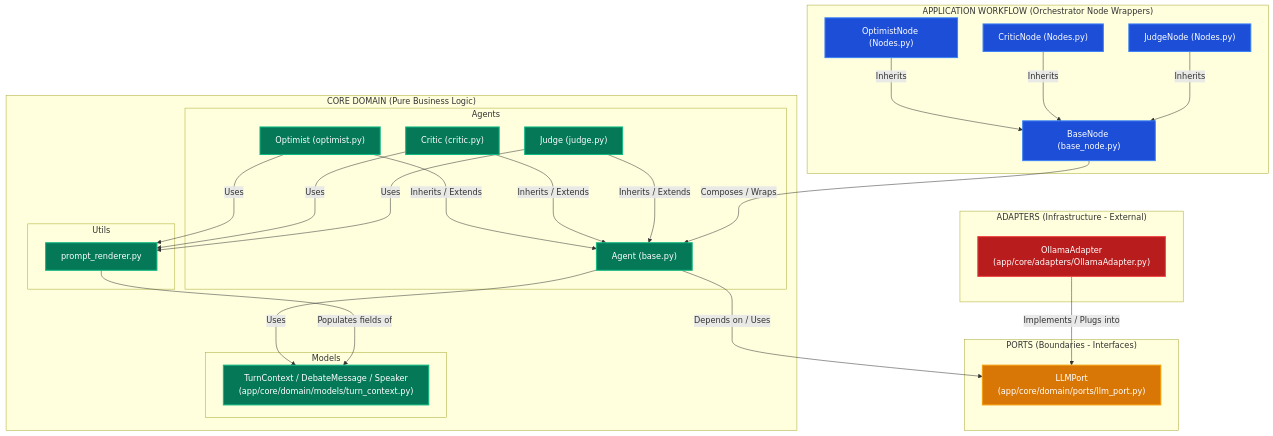
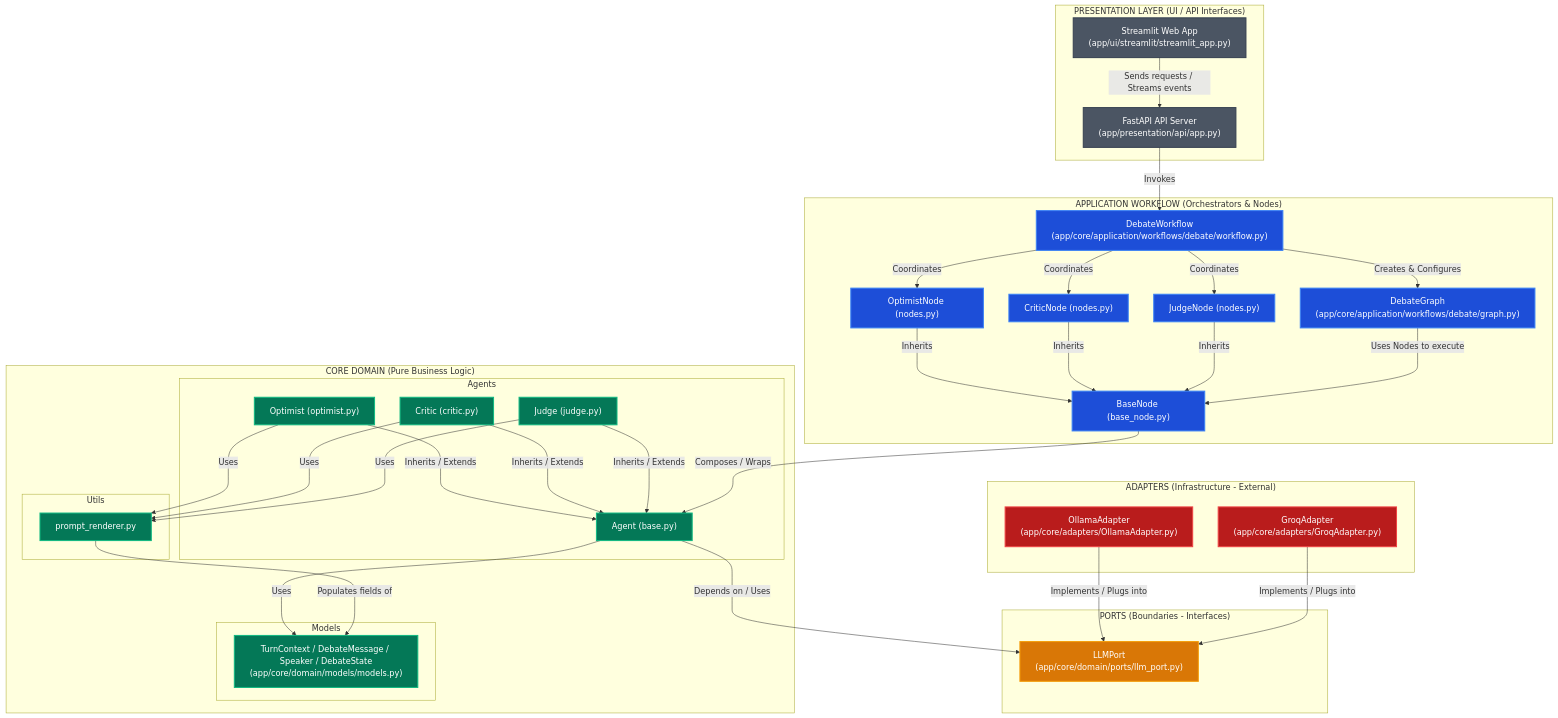
The second of 4 diagrams in docs/codebase_graph.md (NAVIN-STAR/Multi_Agent_Debate), drawn with Mermaid before and after one commit. The commit also changed other lines of this file and 2 other files, not shown here.

Commit message:
changed codebase graph and readme

````diff
--- a/docs/codebase_graph.md
+++ b/docs/codebase_graph.md
@@ -81,7 +129,13 @@
 ```mermaid
 flowchart TB
+    subgraph Presentation ["PRESENTATION LAYER (UI / API Interfaces)"]
+        streamlit_app["Streamlit Web App<br/>(app/ui/streamlit/streamlit_app.py)"]
+        fastapi_app["FastAPI API Server<br/>(app/presentation/api/app.py)"]
+    end
+
     subgraph Adapters ["ADAPTERS (Infrastructure - External)"]
         ollama_adapter["OllamaAdapter<br/>(app/core/adapters/OllamaAdapter.py)"]
+        groq_adapter["GroqAdapter<br/>(app/core/adapters/GroqAdapter.py)"]
     end
 
     subgraph Ports ["PORTS (Boundaries - Interfaces)"]
@@ -90,7 +144,7 @@
 
     subgraph CoreDomain ["CORE DOMAIN (Pure Business Logic)"]
         subgraph Models ["Models"]
-            turn_ctx["TurnContext / DebateMessage / Speaker<br/>(app/core/domain/models/turn_context.py)"]
+            turn_ctx["TurnContext / DebateMessage / Speaker / DebateState<br/>(app/core/domain/models/models.py)"]
         end
 
         subgraph Agents ["Agents"]
@@ -105,15 +159,25 @@
         end
     end
 
-    subgraph Workflows ["APPLICATION WORKFLOW (Orchestrator Node Wrappers)"]
+    subgraph Workflows ["APPLICATION WORKFLOW (Orchestrators & Nodes)"]
+        debate_workflow["DebateWorkflow<br/>(app/core/application/workflows/debate/workflow.py)"]
+        debate_graph["DebateGraph<br/>(app/core/application/workflows/debate/graph.py)"]
         base_node["BaseNode (base_node.py)"]
-        optimist_node["OptimistNode (Nodes.py)"]
-        critic_node["CriticNode (Nodes.py)"]
-        judge_node["JudgeNode (Nodes.py)"]
+        optimist_node["OptimistNode (nodes.py)"]
+        critic_node["CriticNode (nodes.py)"]
+        judge_node["JudgeNode (nodes.py)"]
     end
 
-    %% Dependencies & Implementations
+    %% Dependency & Execution Flow
+    streamlit_app -->|Sends requests / Streams events| fastapi_app
+    fastapi_app -->|Invokes| debate_workflow
+    debate_workflow -->|Creates & Configures| debate_graph
+    debate_workflow -->|Coordinates| optimist_node
+    debate_workflow -->|Coordinates| critic_node
+    debate_workflow -->|Coordinates| judge_node
+
     ollama_adapter -->|Implements / Plugs into| llm_port
+    groq_adapter -->|Implements / Plugs into| llm_port
     base_agent -->|Depends on / Uses| llm_port
     base_agent -->|Uses| turn_ctx
 
@@ -132,14 +196,18 @@
     critic_node -->|Inherits| base_node
     judge_node -->|Inherits| base_node
 
+    debate_graph -->|Uses Nodes to execute| base_node
+
     %% Styles
+    classDef presentation fill:#4B5563,stroke:#374151,stroke-width:2px,color:#FFFFFF;
     classDef adapters fill:#B91C1C,stroke:#EF4444,stroke-width:2px,color:#FFFFFF;
     classDef ports fill:#D97706,stroke:#F59E0B,stroke-width:2px,color:#FFFFFF;
     classDef core fill:#047857,stroke:#10B981,stroke-width:2px,color:#FFFFFF;
     classDef workflows fill:#1D4ED8,stroke:#3B82F6,stroke-width:2px,color:#FFFFFF;
 
-    class ollama_adapter adapters;
+    class streamlit_app,fastapi_app presentation;
+    class ollama_adapter,groq_adapter adapters;
     class llm_port ports;
     class turn_ctx,base_agent,optimist,critic,judge,prompt_renderer core;
-    class base_node,optimist_node,critic_node,judge_node workflows;
+    class debate_workflow,debate_graph,base_node,optimist_node,critic_node,judge_node workflows;
 ```
````
